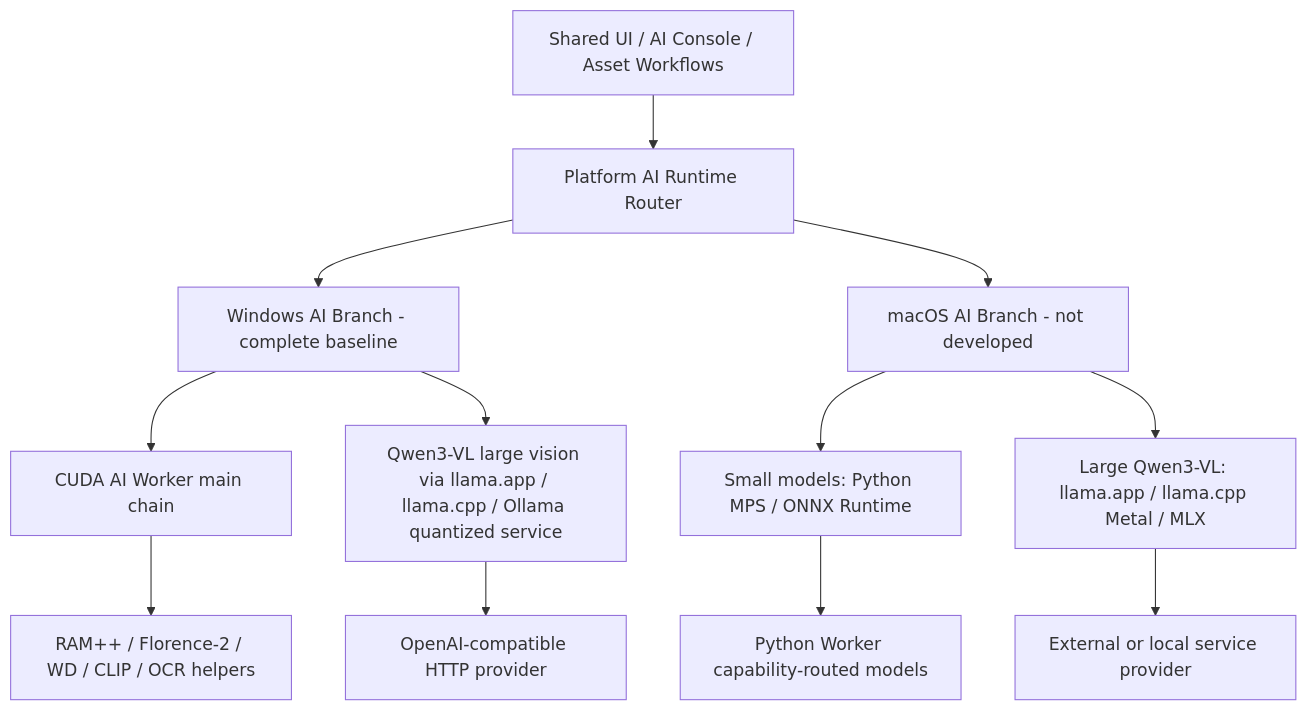
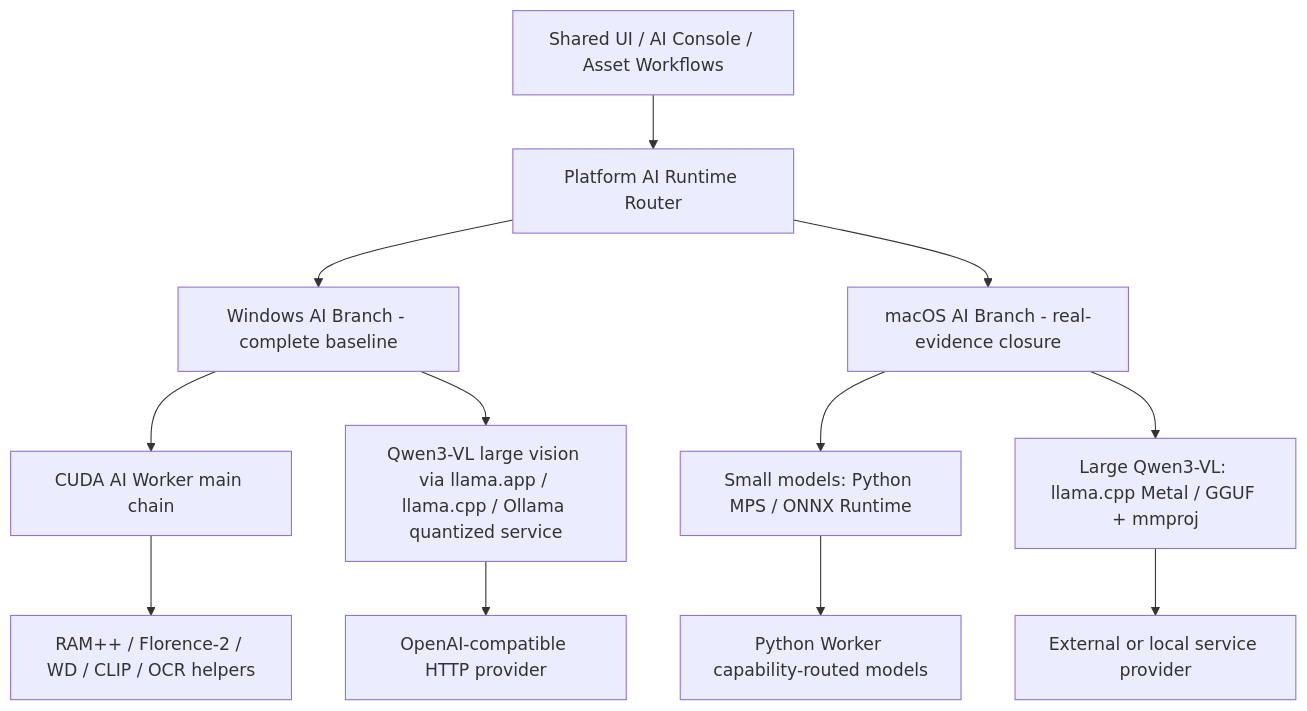
The diagram in docs/platform/AI_PLATFORM_BRANCH_REUSE_ASSESSMENT.md (zhr0210/design-asset-manager), drawn with Mermaid before and after one commit. The commit also changed other lines of this file and 56 other files, not shown here.

Commit message:
Add real AI runtime evidence probes

````diff
--- a/docs/platform/AI_PLATFORM_BRANCH_REUSE_ASSESSMENT.md
+++ b/docs/platform/AI_PLATFORM_BRANCH_REUSE_ASSESSMENT.md
@@ -72,17 +73,17 @@
 ```mermaid
 flowchart TB
   UI["Shared UI / AI Console / Asset Workflows"] --> RuntimeRouter["Platform AI Runtime Router"]
 
   RuntimeRouter --> Win["Windows AI Branch - complete baseline"]
-  RuntimeRouter --> Mac["macOS AI Branch - not developed"]
+  RuntimeRouter --> Mac["macOS AI Branch - real-evidence closure"]
 
   Win --> WinSmall["CUDA AI Worker main chain"]
   Win --> WinLarge["Qwen3-VL large vision via llama.app / llama.cpp / Ollama quantized service"]
   WinSmall --> WinModels["RAM++ / Florence-2 / WD / CLIP / OCR helpers"]
   WinLarge --> WinService["OpenAI-compatible HTTP provider"]
 
   Mac --> MacSmall["Small models: Python MPS / ONNX Runtime"]
-  Mac --> MacLarge["Large Qwen3-VL: llama.app / llama.cpp Metal / MLX"]
+  Mac --> MacLarge["Large Qwen3-VL: llama.cpp Metal / GGUF + mmproj"]
   MacSmall --> MacWorker["Python Worker capability-routed models"]
   MacLarge --> MacService["External or local service provider"]
 ```
````
